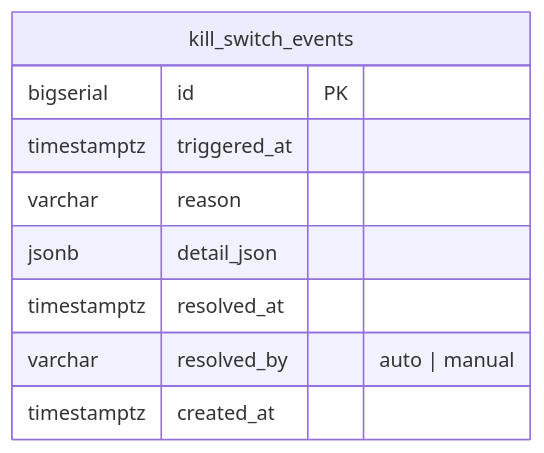
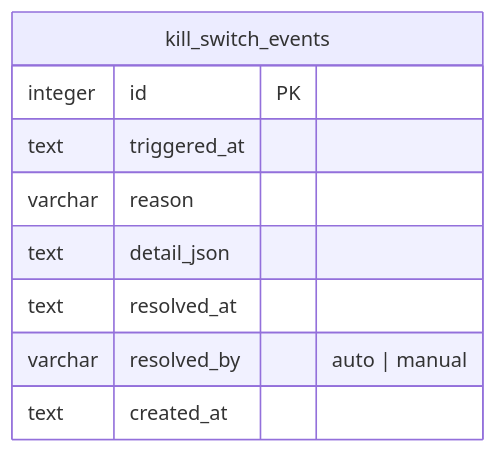
Before and after one commit to ousiassllc/pitha-trador: the ninth of 12 diagrams in docs/architecture/er.md, drawn with Mermaid. The commit also changed other lines of this file and 5 other files, not shown here.

````diff
--- a/docs/architecture/er.md
+++ b/docs/architecture/er.md
@@ -331,12 +348,12 @@
 ```mermaid
 erDiagram
     kill_switch_events {
-        bigserial id PK
-        timestamptz triggered_at
+        integer id PK
+        text triggered_at
         varchar reason
-        jsonb detail_json
-        timestamptz resolved_at
+        text detail_json
+        text resolved_at
         varchar resolved_by "auto | manual"
-        timestamptz created_at
+        text created_at
     }
 ```
````
